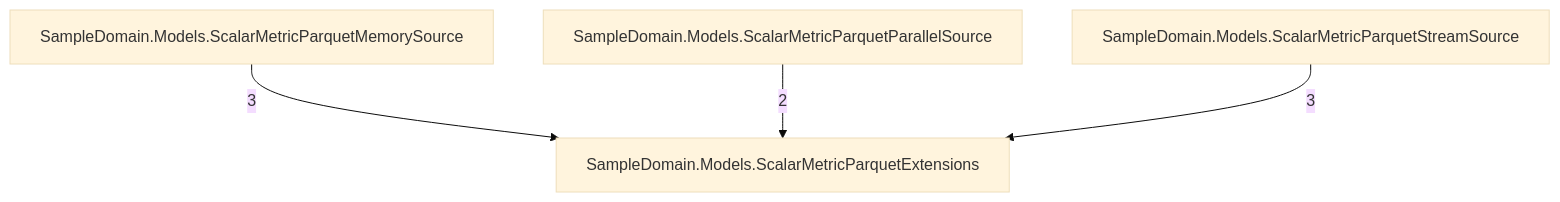
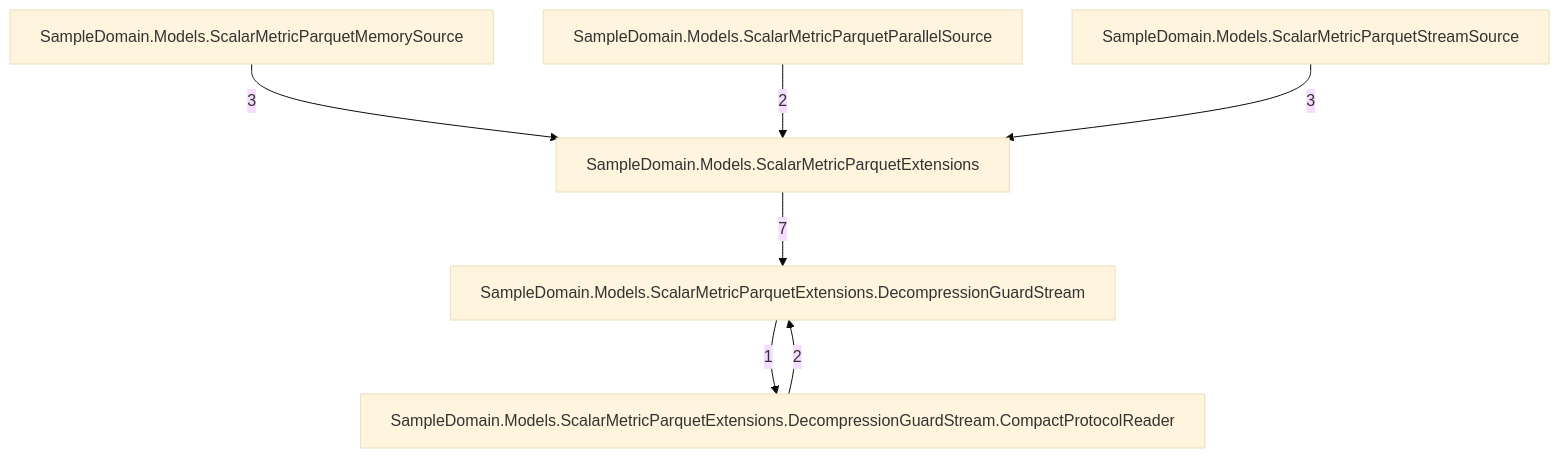
One commit to rtkelly13/Parquet.SourceGenerator changed the sixth of 7 diagrams in docs/callgraph-generated.md. Above: the diagram before and after it, drawn with Mermaid (base theme). The commit also changed other lines of this file and 11 other files, not shown here.

Commit message:
fix(safety): preserve structural gates for decompression guard

````diff
--- a/docs/callgraph-generated.md
+++ b/docs/callgraph-generated.md
@@ -73,10 +98,15 @@
 ```mermaid
 graph TD
     tsampledomainmodelsscalarmetricparquetextensions_049["SampleDomain.Models.ScalarMetricParquetExtensions"]
+    tsampledomainmodelsscalarmetricparquetextensionsdecompressionguardstream_074["SampleDomain.Models.ScalarMetricParquetExtensions.DecompressionGuardStream"]
+    tsampledomainmodelsscalarmetricparquetextensionsdecompressionguardstreamcompactprotocolreader_096["SampleDomain.Models.ScalarMetricParquetExtensions.DecompressionGuardStream.CompactProtocolReader"]
     tsampledomainmodelsscalarmetricparquetmemorysource_051["SampleDomain.Models.ScalarMetricParquetMemorySource"]
     tsampledomainmodelsscalarmetricparquetparallelsource_053["SampleDomain.Models.ScalarMetricParquetParallelSource"]
     tsampledomainmodelsscalarmetricparquetstreamsource_051["SampleDomain.Models.ScalarMetricParquetStreamSource"]
+    tsampledomainmodelsscalarmetricparquetextensionsdecompressionguardstreamcompactprotocolreader_096 -->|2| tsampledomainmodelsscalarmetricparquetextensionsdecompressionguardstream_074
+    tsampledomainmodelsscalarmetricparquetextensionsdecompressionguardstream_074 -->|1| tsampledomainmodelsscalarmetricparquetextensionsdecompressionguardstreamcompactprotocolreader_096
+    tsampledomainmodelsscalarmetricparquetextensions_049 -->|7| tsampledomainmodelsscalarmetricparquetextensionsdecompressionguardstream_074
     tsampledomainmodelsscalarmetricparquetmemorysource_051 -->|3| tsampledomainmodelsscalarmetricparquetextensions_049
     tsampledomainmodelsscalarmetricparquetparallelsource_053 -->|2| tsampledomainmodelsscalarmetricparquetextensions_049
     tsampledomainmodelsscalarmetricparquetstreamsource_051 -->|3| tsampledomainmodelsscalarmetricparquetextensions_049
 ```
````
